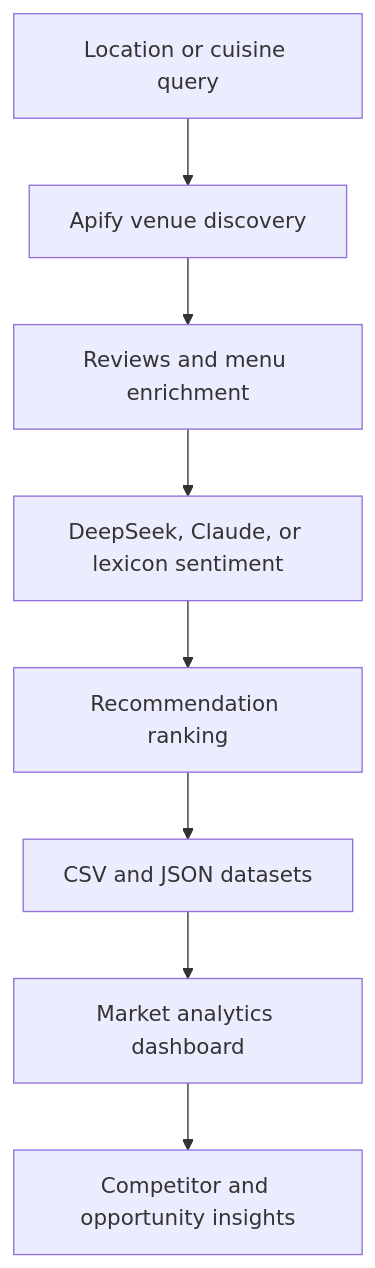
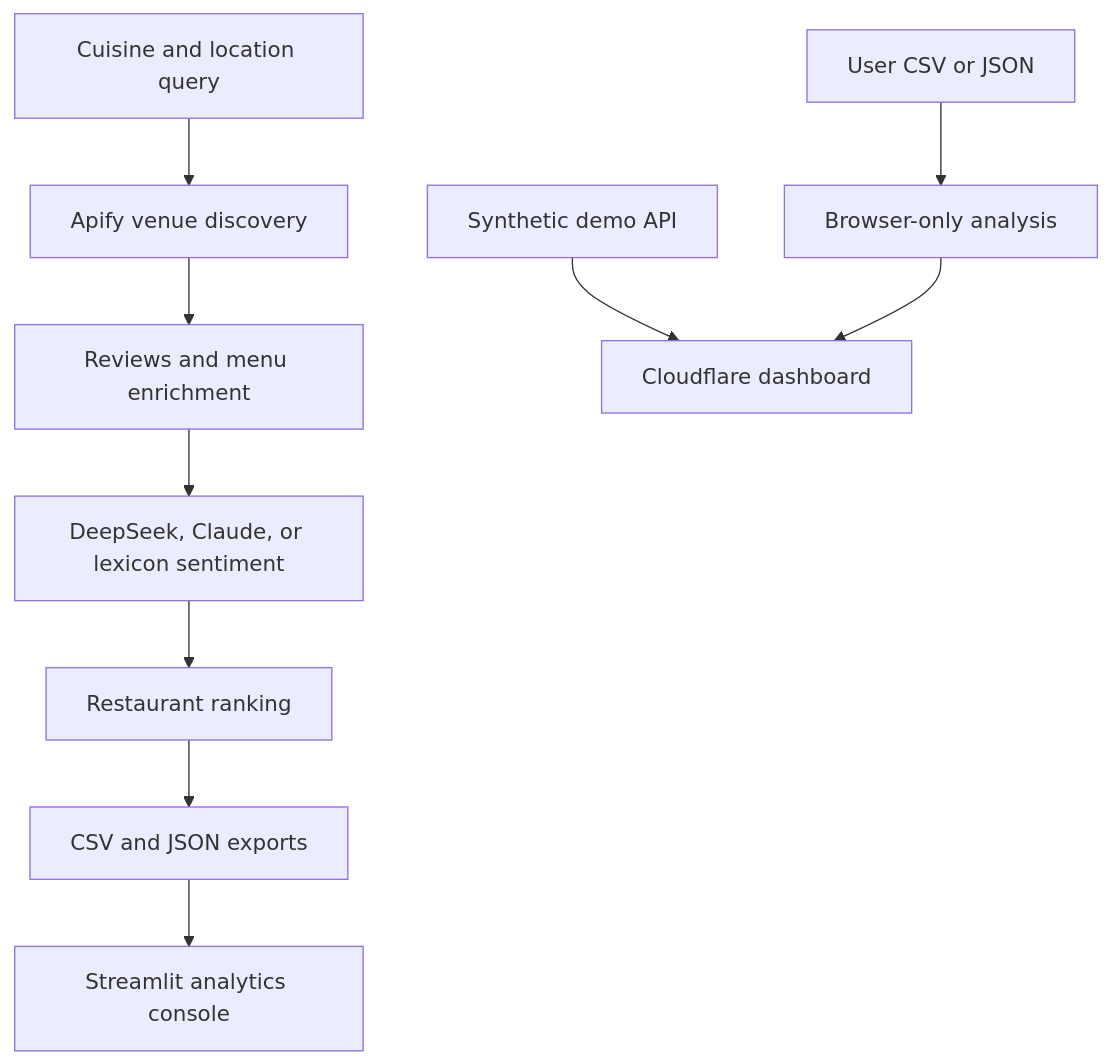
Before and after one commit to MadanMohan0537/local-dining-intelligence: the diagram in README.md, drawn with Mermaid. The commit also changed other lines of this file, not shown here.

````diff
--- a/README.md
+++ b/README.md
@@ -22,10 +91,12 @@
 ```mermaid
 flowchart TD
-    A[Location or cuisine query] --> B[Apify venue discovery]
+    A[Cuisine and location query] --> B[Apify venue discovery]
     B --> C[Reviews and menu enrichment]
     C --> D[DeepSeek, Claude, or lexicon sentiment]
-    D --> E[Recommendation ranking]
-    E --> F[CSV and JSON datasets]
-    F --> G[Market analytics dashboard]
-    G --> H[Competitor and opportunity insights]
+    D --> E[Restaurant ranking]
+    E --> F[CSV and JSON exports]
+    F --> G[Streamlit analytics console]
+    H[Synthetic demo API] --> I[Cloudflare dashboard]
+    J[User CSV or JSON] --> K[Browser-only analysis]
+    K --> I
 ```
````
